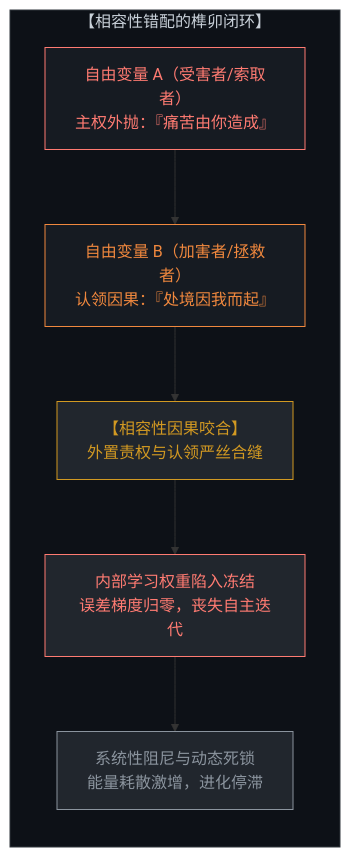
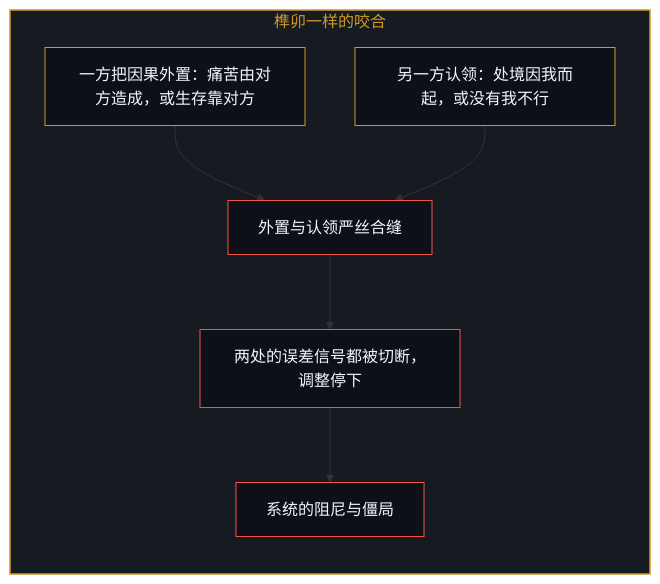
Before and after one commit to powerpig99/not-a-toe: the third of 12 diagrams in content/posts/the-power-law-of-surrendered-agency.md, drawn with Mermaid. The commit also changed other lines of this file and 2 other files, not shown here.

Commit message:
Refine the-power-law-of-surrendered-agency: alternating bilingual layout, six paired diagrams, implicit first person

````diff
--- a/content/posts/the-power-law-of-surrendered-agency.md
+++ b/content/posts/the-power-law-of-surrendered-agency.md
@@ -79,21 +77,22 @@
 ```mermaid
-graph TD
-    subgraph LockAndKeyLoop["【相容性错配的榫卯闭环】"]
+flowchart TD
+    subgraph S_Mortise["榫卯一样的咬合"]
         direction TB
-        AgentA["自由变量 A（受害者/索取者）<br>主权外抛：『痛苦由你造成』"]
-        AgentB["自由变量 B（加害者/拯救者）<br>认领因果：『处境因我而起』"]
-        SlotMatch["【相容性因果咬合】<br>外置责权与认领严丝合缝"]
-        FrozenGradients["内部学习权重陷入冻结<br>误差梯度归零，丧失自主迭代"]
-        SystemicDrag["系统性阻尼与动态死锁<br>能量耗散激增，进化停滞"]
-        AgentA --> AgentB
-        AgentB --> SlotMatch
-        SlotMatch --> FrozenGradients
-        FrozenGradients --> SystemicDrag
+        Out["一方把因果外置：痛苦由对方造成，或生存靠对方"]
+        In["另一方认领：处境因我而起，或没有我不行"]
+        Fit["外置与认领严丝合缝"]
+        Frozen["两处的误差信号都被切断，调整停下"]
+        Drag["系统的阻尼与僵局"]
+        Out --> Fit
+        In --> Fit
+        Fit --> Frozen
+        Frozen --> Drag
     end
-    style LockAndKeyLoop fill:#0d1117,stroke:#30363d,stroke-width:1px,color:#c9d1d9
-    style AgentA fill:#161b22,stroke:#ff7b72,stroke-width:1px,color:#ff7b72
-    style AgentB fill:#161b22,stroke:#f0883e,stroke-width:1px,color:#f0883e
-    style SlotMatch fill:#21262d,stroke:#d29922,color:#d29922
-    style FrozenGradients fill:#21262d,stroke:#ff7b72,color:#ff7b72
-    style SystemicDrag fill:#21262d,stroke:#8b949e,color:#8b949e
+
+    style S_Mortise fill:#161b22,stroke:#d29922,stroke-width:1.5px,color:#d29922
+    style Out fill:#0d1117,stroke:#d29922,stroke-width:1px,color:#f0f6fc
+    style In fill:#0d1117,stroke:#d29922,stroke-width:1px,color:#f0f6fc
+    style Fit fill:#0d1117,stroke:#f85149,stroke-width:1px,color:#f0f6fc
+    style Frozen fill:#0d1117,stroke:#f85149,stroke-width:1px,color:#f0f6fc
+    style Drag fill:#0d1117,stroke:#f85149,stroke-width:1px,color:#f0f6fc
 ```
````
